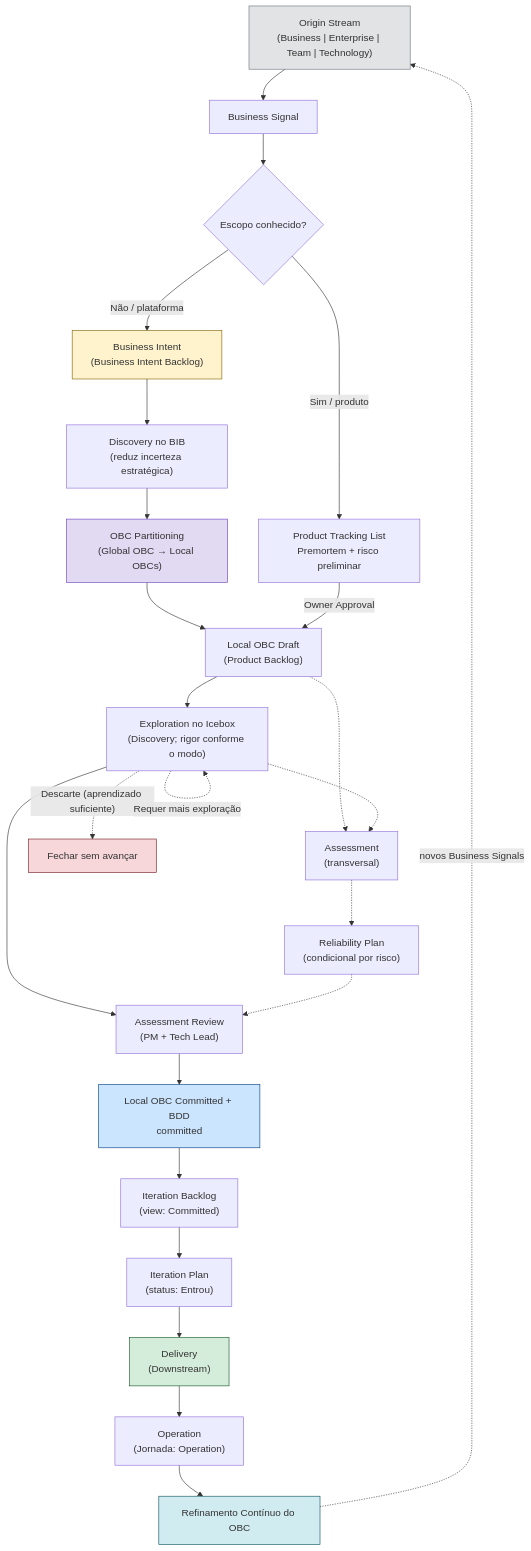
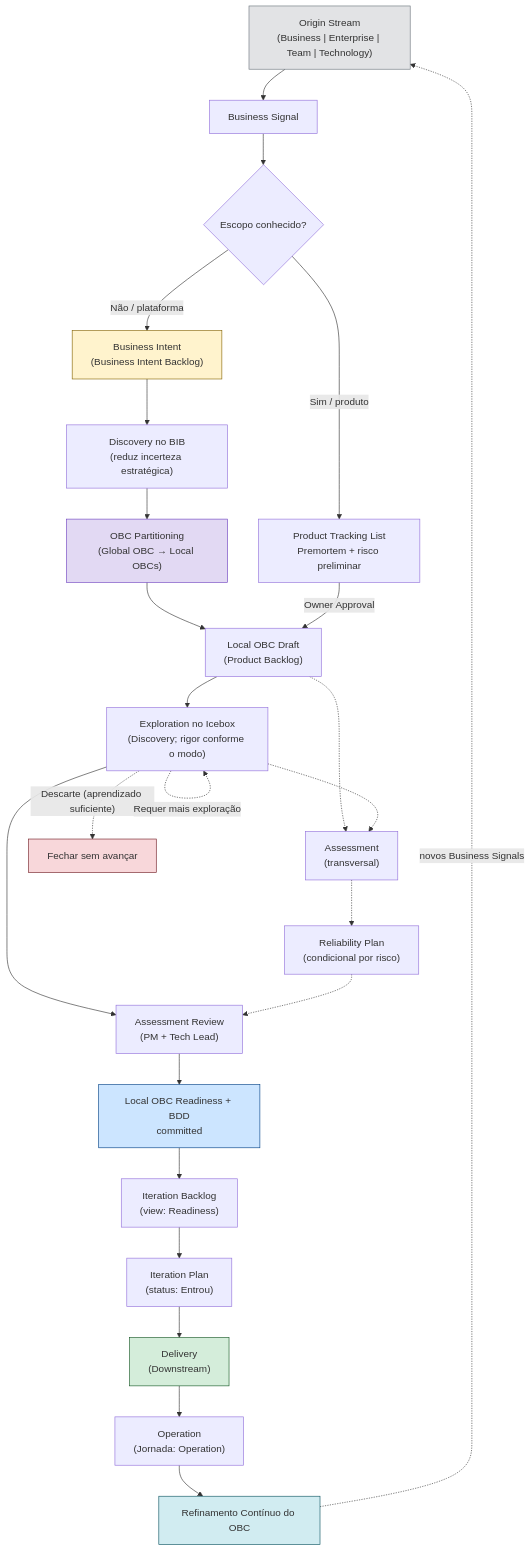
The diagram in prodops/framework/flow.md (produtoreativo/prodops-framework), drawn with Mermaid before and after one commit. The commit also changed other lines of this file and 70 other files, not shown here.

````diff
--- a/prodops/framework/flow.md
+++ b/prodops/framework/flow.md
@@ -19,53 +19,53 @@
 ```mermaid
 flowchart TD
     OS["Origin Stream\n(Business | Enterprise | Team | Technology)"]
     I["Business Signal"]
     CHOICE{"Escopo conhecido?"}
     RTL["Product Tracking List\nPremortem + risco preliminar"]
     GBIB["Business Intent\n(Business Intent Backlog)"]
     EX1["Discovery no BIB\n(reduz incerteza estratégica)"]
     PART["OBC Partitioning\n(Global OBC → Local OBCs)"]
     LPIB["Local OBC Draft\n(Product Backlog)"]
     EX2["Exploration no Icebox\n(Discovery; rigor conforme o modo)"]
     AS["Assessment\n(transversal)"]
     RP["Reliability Plan\n(condicional por risco)"]
     REV["Assessment Review\n(PM + Tech Lead)"]
-    OBC["Local OBC Committed + BDD\ncommitted"]
+    OBC["Local OBC Readiness + BDD\ncommitted"]
     IP["Iteration Plan\n(status: Entrou)"]
     D["Delivery\n(Downstream)"]
     OP["Operation\n(Jornada: Operation)"]
     REF["Refinamento Contínuo do OBC"]
 
     OS --> I
     I --> CHOICE
     CHOICE -->|"Não / plataforma"| GBIB
     CHOICE -->|"Sim / produto"| RTL
     GBIB --> EX1
     EX1 --> PART
     PART --> LPIB
     RTL -->|"Owner Approval"| LPIB
     LPIB --> EX2
     EX2 --> REV
     LPIB -.-> AS
     EX2 -.-> AS
     AS -.-> RP
     RP -.-> REV
     REV --> OBC
-    OBC --> IB["Iteration Backlog\n(view: Committed)"]
+    OBC --> IB["Iteration Backlog\n(view: Readiness)"]
     IB --> IP
     IP --> D
     D --> OP
     OP --> REF
     REF -.->|"novos Business Signals"| OS
 
     EX2 -.->|"Descarte (aprendizado suficiente)"| X[Fechar sem avançar]
     EX2 -.->|"Requer mais exploração"| EX2
 
     style OS fill:#e2e3e5,stroke:#6c757d
     style GBIB fill:#fff3cd,stroke:#856404
     style PART fill:#e2d9f3,stroke:#6f42c1
     style OBC fill:#cce5ff,stroke:#004085
     style D fill:#d4edda,stroke:#155724
     style X fill:#f8d7da,stroke:#721c24
     style REF fill:#d1ecf1,stroke:#0c5460
 ```
````
